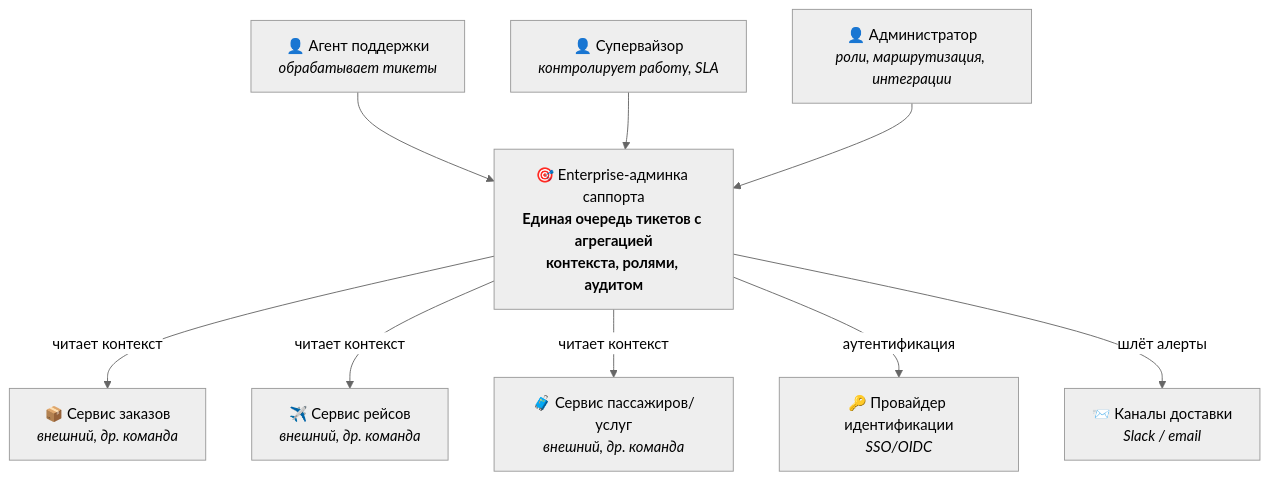
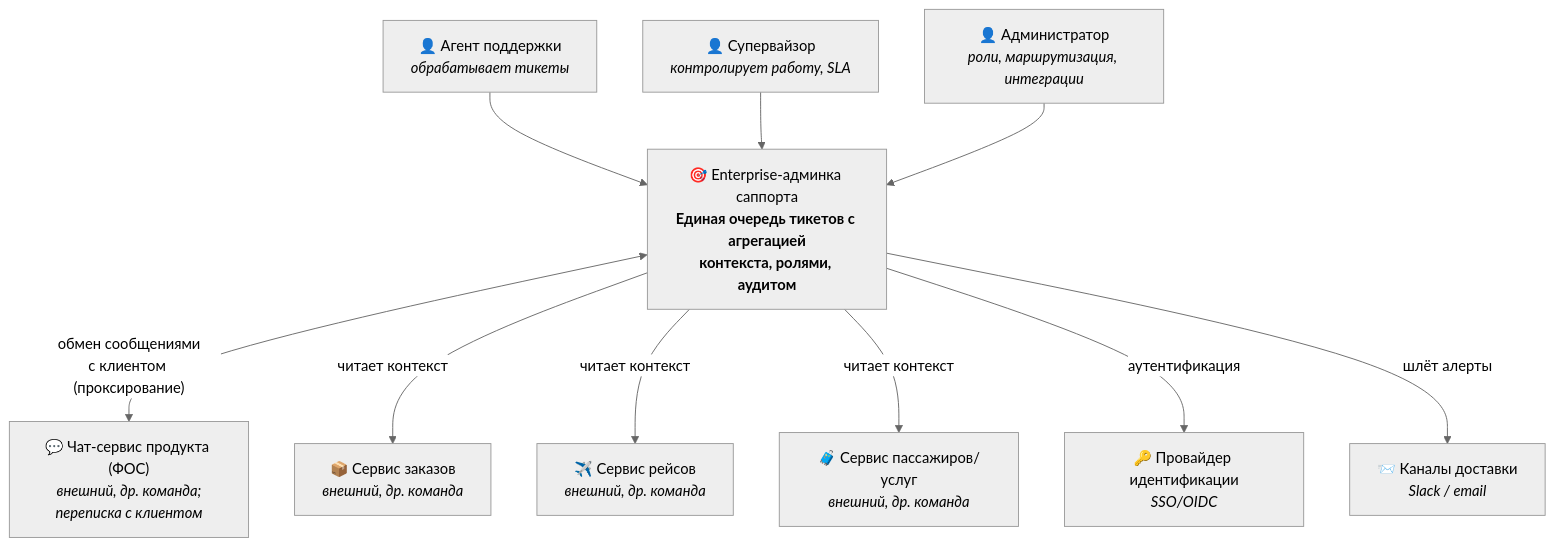
One commit to lionlimon/otus_lessons changed the diagram in docs/c4-context.md. Above: the diagram before and after it, drawn with Mermaid (neutral theme). The commit also changed other lines of this file and 3 other files, not shown here.

````diff
--- a/docs/c4-context.md
+++ b/docs/c4-context.md
@@ -5,24 +5,26 @@
 ```mermaid
 graph TB
     agent["👤 Агент поддержки<br/><i>обрабатывает тикеты</i>"]
     super["👤 Супервайзор<br/><i>контролирует работу, SLA</i>"]
     admin["👤 Администратор<br/><i>роли, маршрутизация, интеграции</i>"]
 
     system["🎯 Enterprise-админка саппорта<br/><b>Единая очередь тикетов с агрегацией<br/>контекста, ролями, аудитом</b>"]
 
+    chat["💬 Чат-сервис продукта (ФОС)<br/><i>внешний, др. команда;<br/>переписка с клиентом</i>"]
     orders["📦 Сервис заказов<br/><i>внешний, др. команда</i>"]
     flights["✈️ Сервис рейсов<br/><i>внешний, др. команда</i>"]
     pax["🧳 Сервис пассажиров/услуг<br/><i>внешний, др. команда</i>"]
     idp["🔑 Провайдер идентификации<br/><i>SSO/OIDC</i>"]
     notify["📨 Каналы доставки<br/><i>Slack / email</i>"]
 
     agent --> system
     super --> system
     admin --> system
 
+    system <-->|"обмен сообщениями<br/>с клиентом (проксирование)"| chat
     system -->|"читает контекст"| orders
     system -->|"читает контекст"| flights
     system -->|"читает контекст"| pax
     system -->|"аутентификация"| idp
     system -->|"шлёт алерты"| notify
 ```
````
